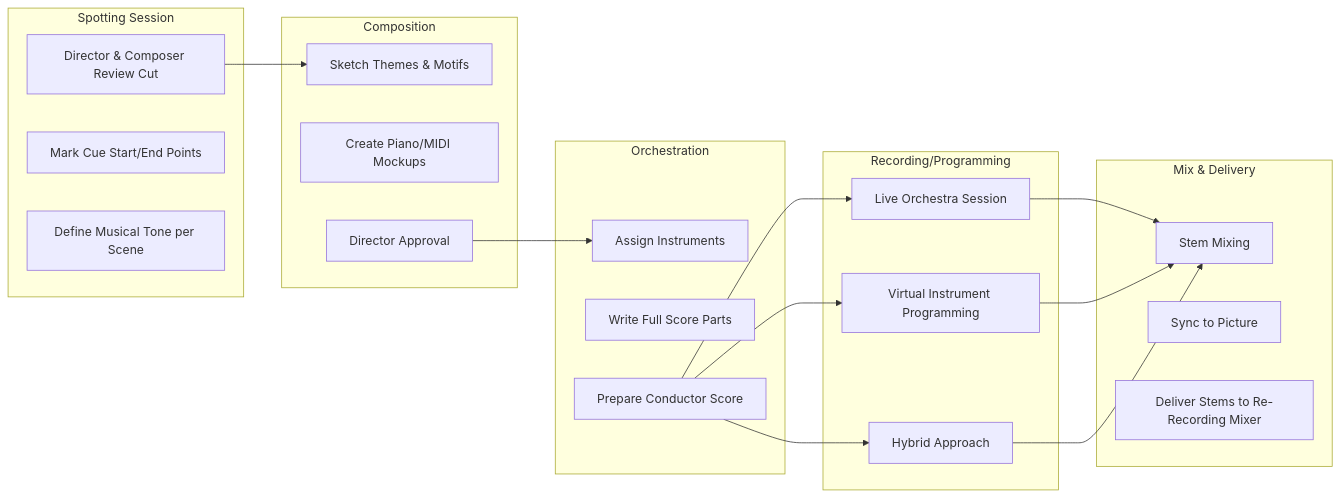
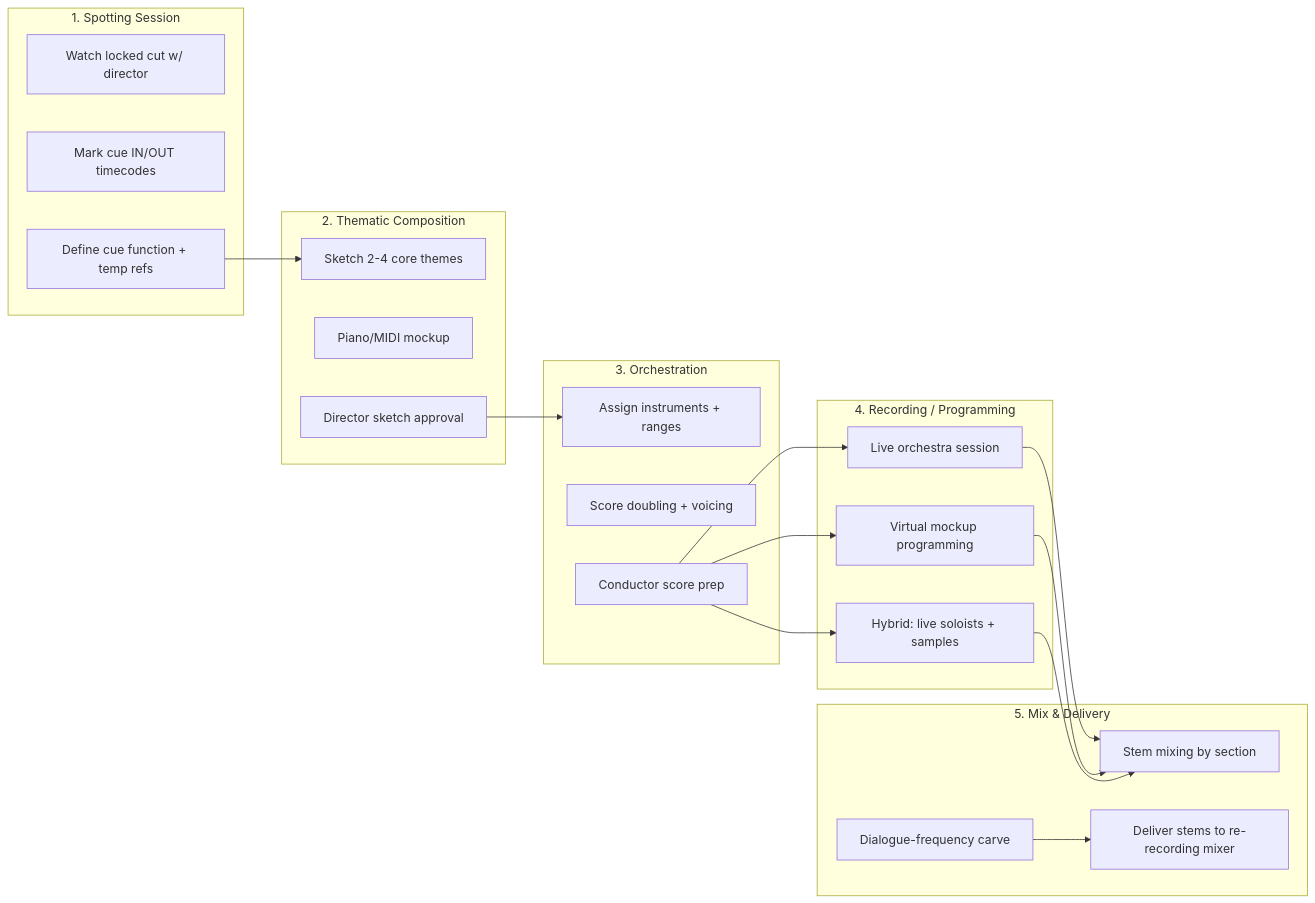
The diagram in topics/arts/composition/film_scoring/lesson_01_film_scoring_basics.md (blebleblee/synapse), drawn with Mermaid before and after one commit. The commit also changed other lines of this file and 4 other files, not shown here.

````diff
--- a/topics/arts/composition/film_scoring/lesson_01_film_scoring_basics.md
+++ b/topics/arts/composition/film_scoring/lesson_01_film_scoring_basics.md
@@ -30,41 +21,42 @@
 ```mermaid
 graph LR
-    subgraph sub_spotting ["Spotting Session"]
-        A["Director & Composer Review Cut"]
-        B["Mark Cue Start/End Points"]
-        C[Define Musical Tone per Scene]
+    subgraph sub_spot ["1. Spotting Session"]
+        A1["Watch locked cut w/ director"]
+        A2["Mark cue IN/OUT timecodes"]
+        A3["Define cue function + temp refs"]
     end
-    
-    subgraph sub_composition ["Composition"]
-        D["Sketch Themes & Motifs"]
-        E["Create Piano/MIDI Mockups"]
-        F[Director Approval]
+
+    subgraph sub_comp ["2. Thematic Composition"]
+        B1["Sketch 2-4 core themes"]
+        B2["Piano/MIDI mockup"]
+        B3["Director sketch approval"]
     end
-    
-    subgraph sub_orchestration ["Orchestration"]
-        G[Assign Instruments]
-        H[Write Full Score Parts]
-        I[Prepare Conductor Score]
+
+    subgraph sub_orch ["3. Orchestration"]
+        C1["Assign instruments + ranges"]
+        C2["Score doubling + voicing"]
+        C3["Conductor score prep"]
     end
-    
-    subgraph sub_recording ["Recording/Programming"]
-        J[Live Orchestra Session]
-        K[Virtual Instrument Programming]
-        L[Hybrid Approach]
+
+    subgraph sub_rec ["4. Recording / Programming"]
+        D1["Live orchestra session"]
+        D2["Virtual mockup programming"]
+        D3["Hybrid: live soloists + samples"]
     end
-    
-    subgraph sub_mix ["Mix & Delivery"]
-        M[Stem Mixing]
-        N[Sync to Picture]
-        O[Deliver Stems to Re-Recording Mixer]
+
+    subgraph sub_mix ["5. Mix & Delivery"]
+        E1["Stem mixing by section"]
+        E2["Dialogue-frequency carve"]
+        E3["Deliver stems to re-recording mixer"]
     end
-    
-    A --> D
-    F --> G
-    I --> J
-    I --> K
-    I --> L
-    J --> M
-    K --> M
-    L --> M
+
+    A3 --> B1
+    B3 --> C1
+    C3 --> D1
+    C3 --> D2
+    C3 --> D3
+    D1 --> E1
+    D2 --> E1
+    D3 --> E1
+    E2 --> E3
 ```
````
